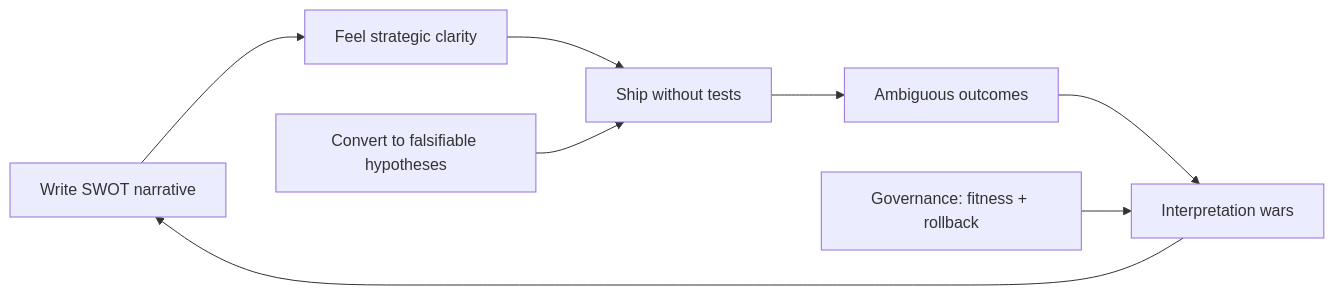
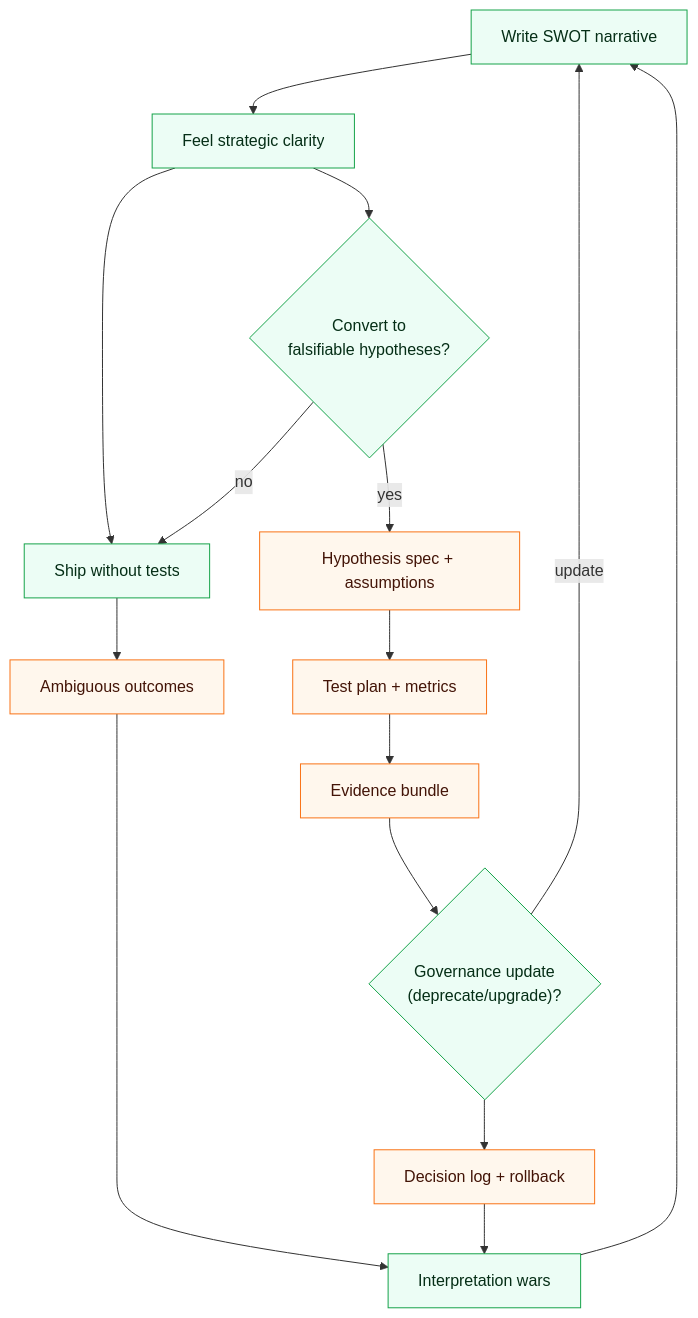
Before and after one commit to 5Reasons/5reasons.github.io: the second of 3 diagrams in docs/blog/posts/from-swot-to-testable-hypotheses.md, drawn with Mermaid. The commit also changed other lines of this file and 14 other files, not shown here.

First line of the commit message:
Refactor diagrams and improve clarity in blog posts and case studies

````diff
--- a/docs/blog/posts/from-swot-to-testable-hypotheses.md
+++ b/docs/blog/posts/from-swot-to-testable-hypotheses.md
@@ -105,11 +131,29 @@
 ```mermaid
-graph LR;
-  A["Write SWOT narrative"] --> B["Feel strategic clarity"];
-  B --> C["Ship without tests"];
-  C --> D["Ambiguous outcomes"];
-  D --> E["Interpretation wars"];
-  E --> A;
+flowchart TB
+  A["Write SWOT narrative"]:::p --> B["Feel strategic clarity"]:::p
+  B --> C["Ship without tests"]:::p
+  C --> D["Ambiguous outcomes"]:::r
+  D --> E["Interpretation wars"]:::p
+  E --> A
 
-  F["Convert to falsifiable hypotheses"] --> C;
-  G["Governance: fitness + rollback"] --> E;
+  %% Exit ramps / gates
+  G1{"Convert to<br>falsifiable hypotheses?"}:::p
+  G2{"Governance update<br>(deprecate/upgrade)?"}:::p
+
+  %% Artifacts that break the loop
+  R1["Hypothesis spec + assumptions"]:::r
+  R2["Test plan + metrics"]:::r
+  R3["Evidence bundle"]:::r
+  R4["Decision log + rollback"]:::r
+
+  B --> G1
+  G1 -- yes --> R1 --> R2 --> R3 --> G2 --> R4 --> E
+  G1 -- no --> C
+  G2 -- update --> A
+
+  %% brModel styles
+  classDef i fill:#eef6ff,stroke:#2563eb,stroke-width:1px,color:#0f172a;
+  classDef p fill:#ecfdf5,stroke:#16a34a,stroke-width:1px,color:#052e16;
+  classDef r fill:#fff7ed,stroke:#f97316,stroke-width:1px,color:#431407;
+  classDef o fill:#fdf2f8,stroke:#db2777,stroke-width:1px,color:#500724;
 ```
````
